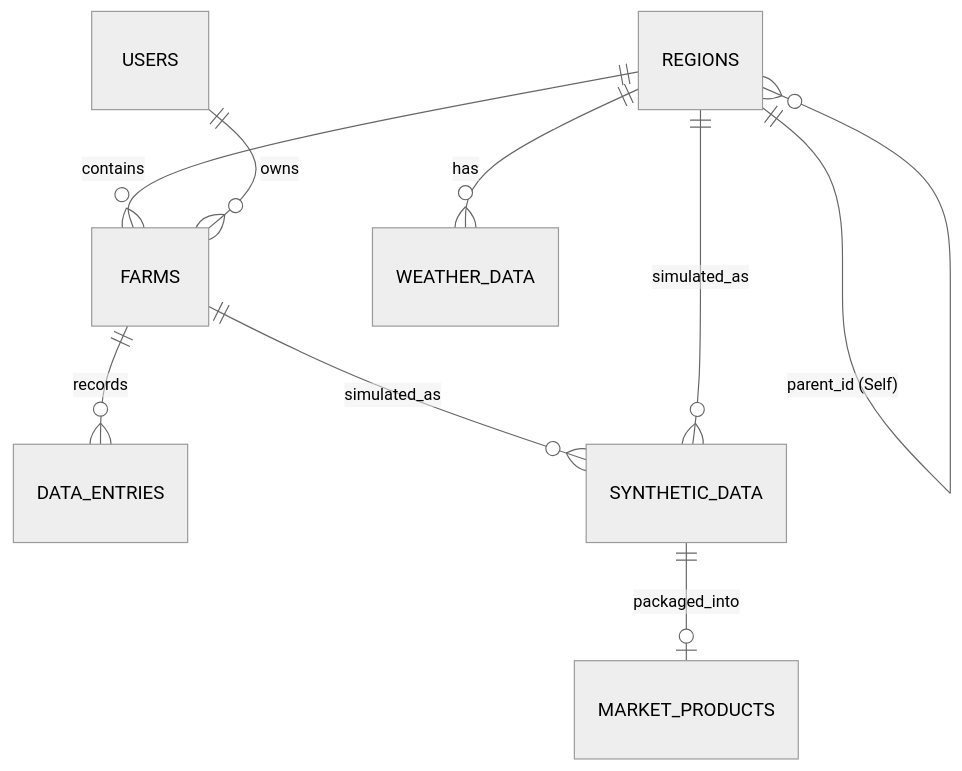
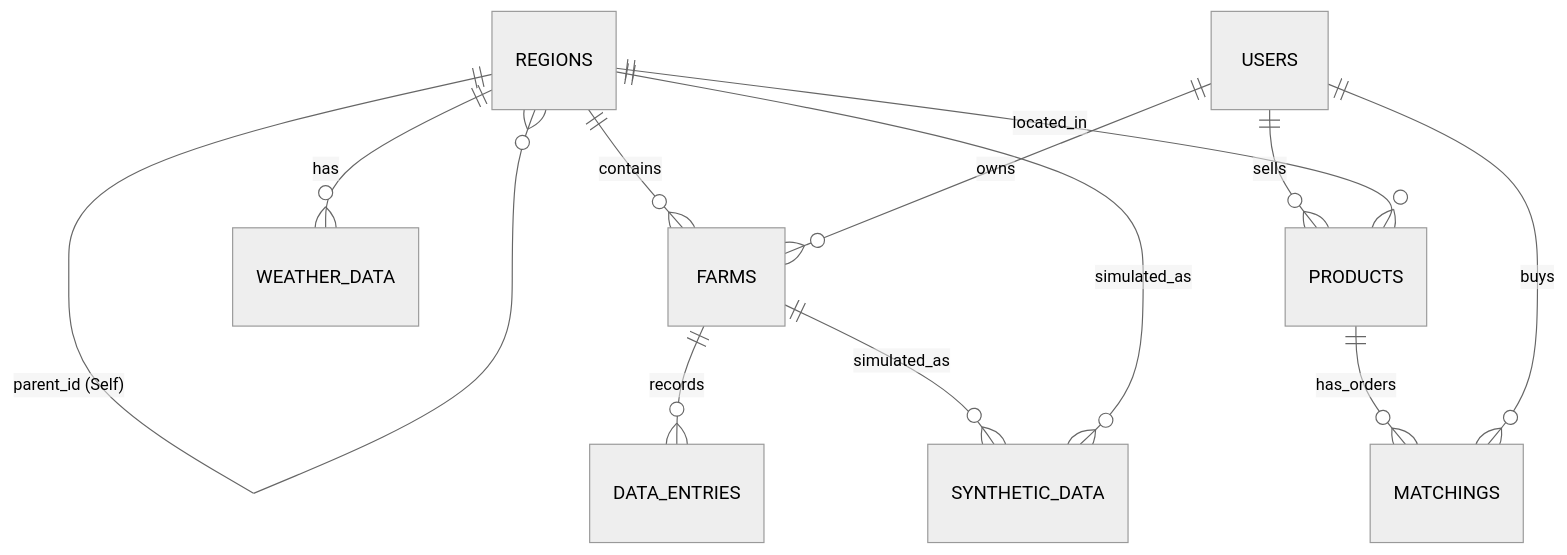
One commit to softkleenex/livinglab_2026 changed the diagram in docs/architecture/DB_SCHEMA.md. Above: the diagram before and after it, drawn with Mermaid (neutral theme). The commit also changed other lines of this file and 1 other file, not shown here.

Commit message:
docs: sync database schema and API docs with actual B2B market implementation

````diff
--- a/docs/architecture/DB_SCHEMA.md
+++ b/docs/architecture/DB_SCHEMA.md
@@ -7,11 +7,14 @@
 ```mermaid
 erDiagram
     REGIONS ||--o{ REGIONS : "parent_id (Self)"
     REGIONS ||--o{ FARMS : "contains"
     REGIONS ||--o{ WEATHER_DATA : "has"
     FARMS ||--o{ DATA_ENTRIES : "records"
     FARMS ||--o{ SYNTHETIC_DATA : "simulated_as"
     REGIONS ||--o{ SYNTHETIC_DATA : "simulated_as"
-    SYNTHETIC_DATA ||--o| MARKET_PRODUCTS : "packaged_into"
     USERS ||--o{ FARMS : "owns"
+    USERS ||--o{ PRODUCTS : "sells"
+    REGIONS ||--o{ PRODUCTS : "located_in"
+    PRODUCTS ||--o{ MATCHINGS : "has_orders"
+    USERS ||--o{ MATCHINGS : "buys"
 ```
````
